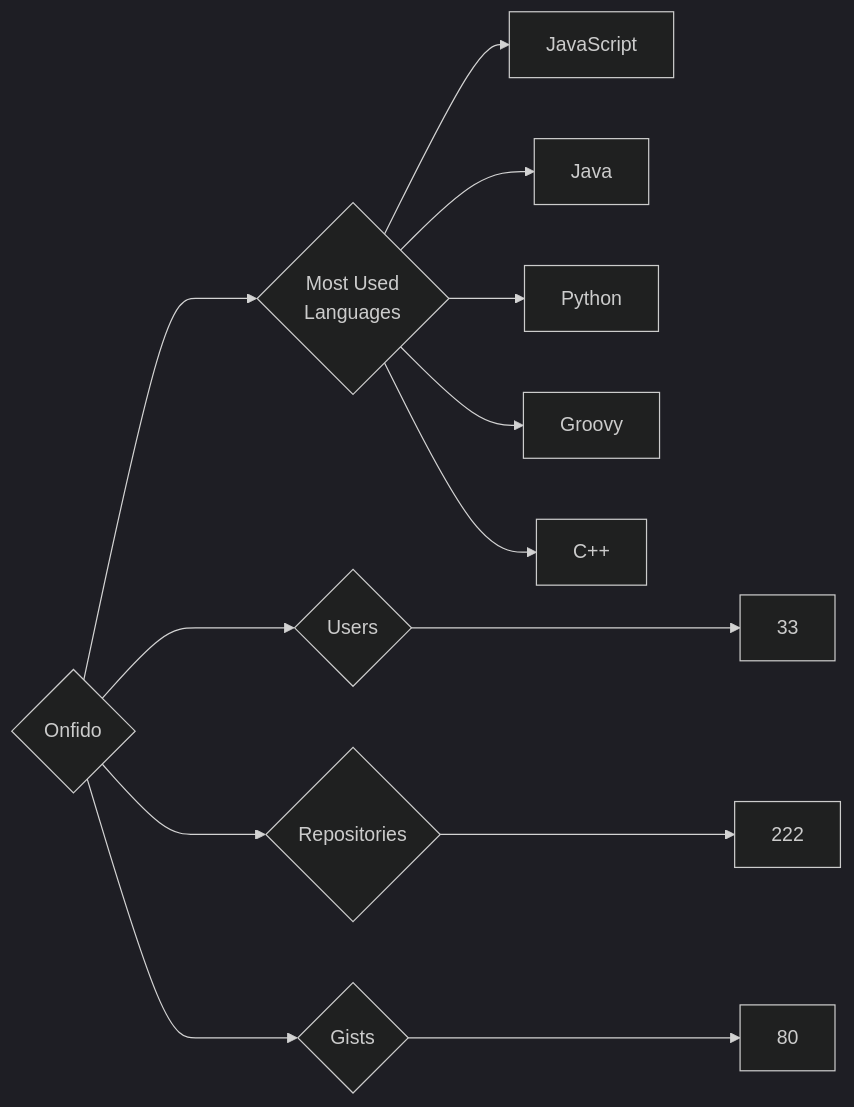
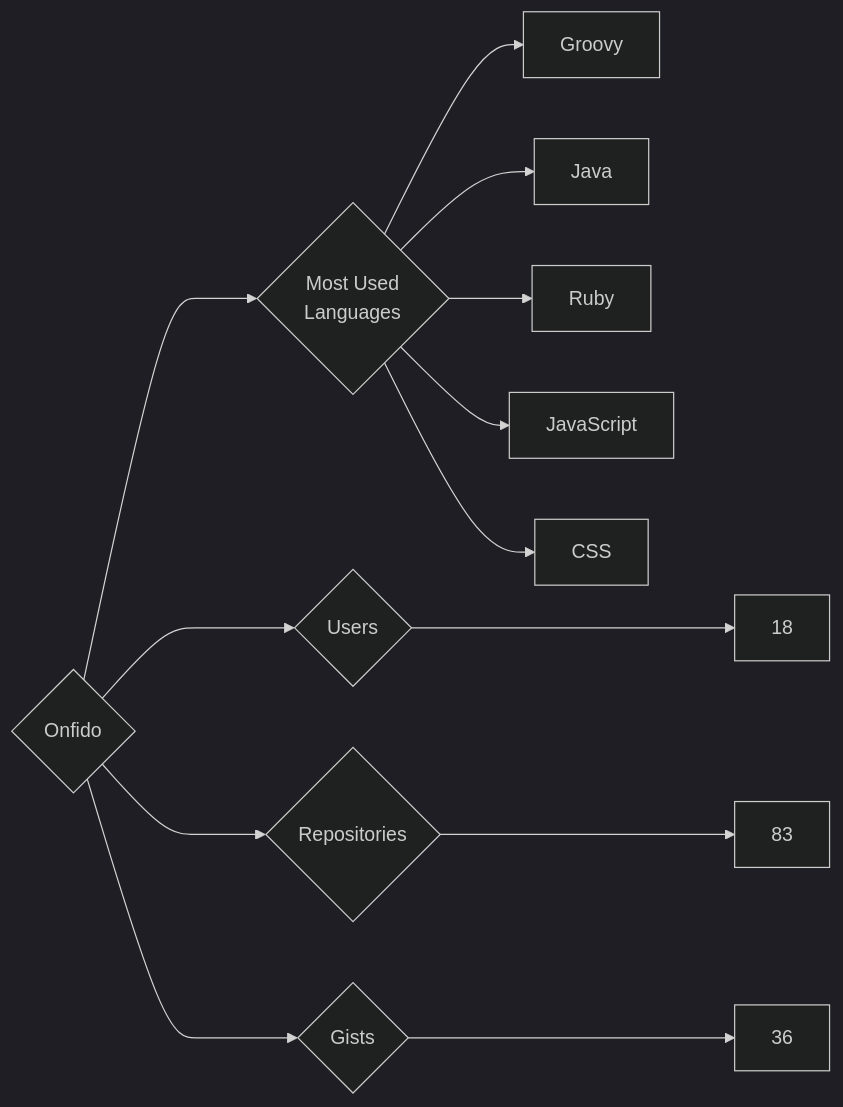
Before and after one commit to trickest/insiders: the diagram in targets/Onfido/README.md, drawn with Mermaid (dark theme). The commit also changed 953 other files, not shown here.

````diff
--- a/targets/Onfido/README.md
+++ b/targets/Onfido/README.md
@@ -3,13 +3,13 @@
 ```mermaid
 graph LR
 COMPANY_NAME{Onfido}
-COMPANY_NAME ---> U{Users} ---> UN[33]
-COMPANY_NAME ---> R{Repositories} ---> RN[222]
-COMPANY_NAME ---> G{Gists} ---> GN[80]
+COMPANY_NAME ---> U{Users} ---> UN[18]
+COMPANY_NAME ---> R{Repositories} ---> RN[83]
+COMPANY_NAME ---> G{Gists} ---> GN[36]
 COMPANY_NAME ---> ML{Most Used<br>Languages}
+ML --> Groovy[Groovy]
+ML --> Java[Java]
+ML --> Ruby[Ruby]
 ML --> JavaScript[JavaScript]
-ML --> Java[Java]
-ML --> Python[Python]
-ML --> Groovy[Groovy]
-ML --> C++[C++]
+ML --> CSS[CSS]
 ```
````
